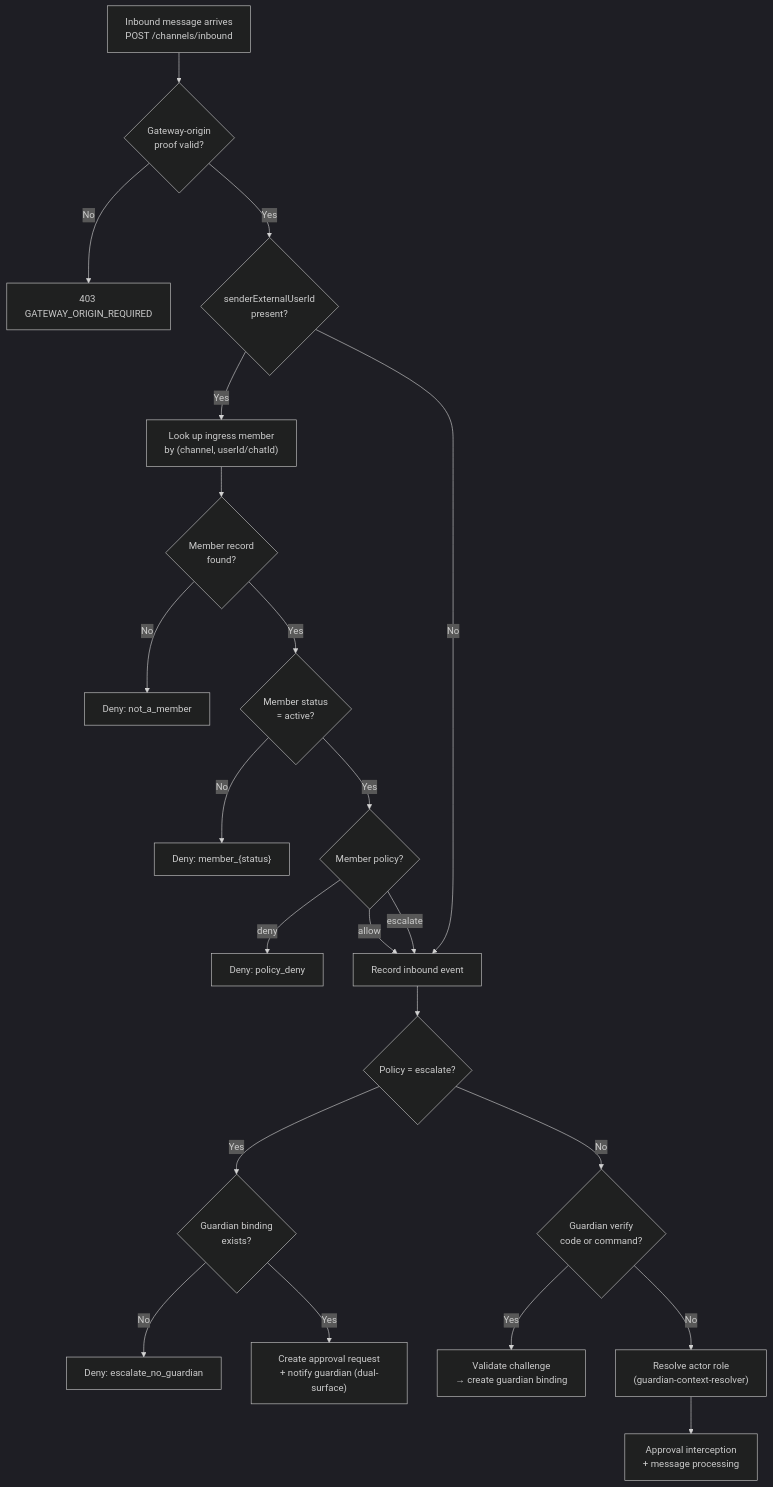
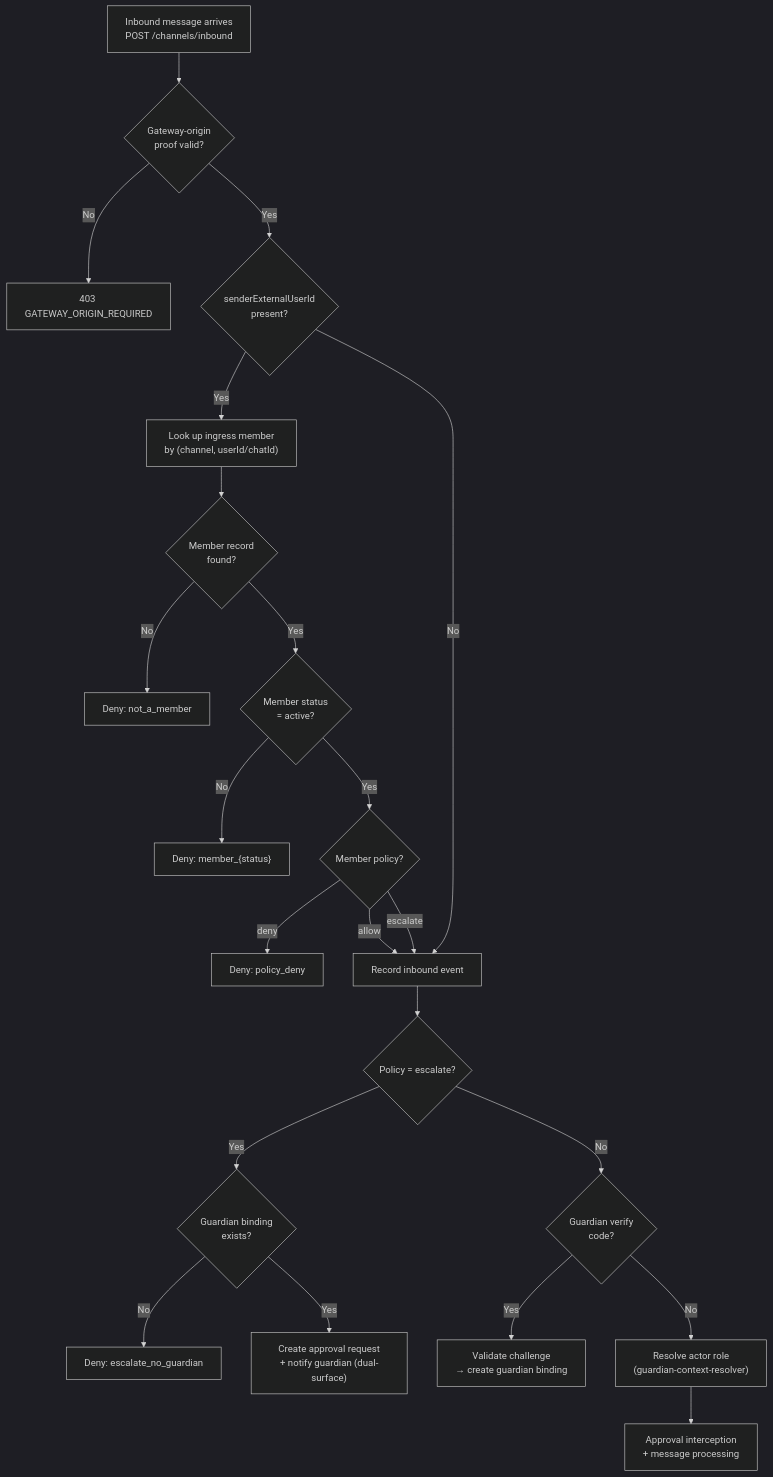
The second of 7 diagrams in gateway/ARCHITECTURE.md (vellum-ai/vellum-assistant), drawn with Mermaid (dark theme) before and after one commit. The commit also changed other lines of this file and 12 other files, not shown here.

Commit message:
fix: remove guardian_verify command mentions and flow

````diff
--- a/gateway/ARCHITECTURE.md
+++ b/gateway/ARCHITECTURE.md
@@ -225,29 +224,29 @@
 ```mermaid
 flowchart TD
     MSG["Inbound message arrives<br/>POST /channels/inbound"] --> GW_CHECK{"Gateway-origin<br/>proof valid?"}
     GW_CHECK -- No --> REJECT_403["403 GATEWAY_ORIGIN_REQUIRED"]
     GW_CHECK -- Yes --> HAS_SENDER{"senderExternalUserId<br/>present?"}
 
     HAS_SENDER -- Yes --> ACL_LOOKUP["Look up ingress member<br/>by (channel, userId/chatId)"]
     HAS_SENDER -- No --> RECORD["Record inbound event"]
 
     ACL_LOOKUP --> HAS_MEMBER{"Member record<br/>found?"}
     HAS_MEMBER -- No --> DENY_MEMBER["Deny: not_a_member"]
     HAS_MEMBER -- Yes --> STATUS_CHECK{"Member status<br/>= active?"}
     STATUS_CHECK -- No --> DENY_STATUS["Deny: member_{status}"]
     STATUS_CHECK -- Yes --> POLICY_CHECK{"Member policy?"}
 
     POLICY_CHECK -- deny --> DENY_POLICY["Deny: policy_deny"]
     POLICY_CHECK -- allow --> RECORD
     POLICY_CHECK -- escalate --> RECORD
 
     RECORD --> ESCALATE_CHECK{"Policy = escalate?"}
     ESCALATE_CHECK -- Yes --> HAS_BINDING{"Guardian binding<br/>exists?"}
     HAS_BINDING -- No --> DENY_ESCALATE["Deny: escalate_no_guardian"]
     HAS_BINDING -- Yes --> CREATE_APPROVAL["Create approval request<br/>+ notify guardian (dual-surface)"]
 
-    ESCALATE_CHECK -- No --> VERIFY_CHECK{"Guardian verify<br/>code or command?"}
+    ESCALATE_CHECK -- No --> VERIFY_CHECK{"Guardian verify<br/>code?"}
     VERIFY_CHECK -- Yes --> VERIFY["Validate challenge<br/>→ create guardian binding"]
     VERIFY_CHECK -- No --> ROLE_RESOLVE["Resolve actor role<br/>(guardian-context-resolver)"]
     ROLE_RESOLVE --> APPROVAL_INTERCEPT["Approval interception<br/>+ message processing"]
 ```
````
